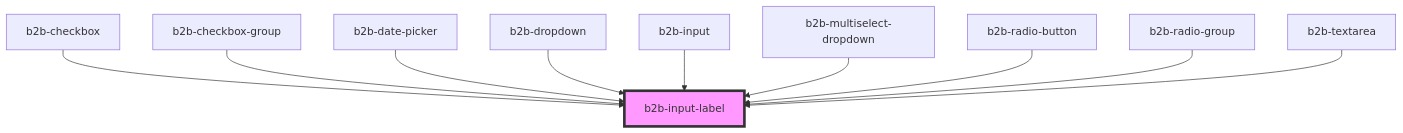
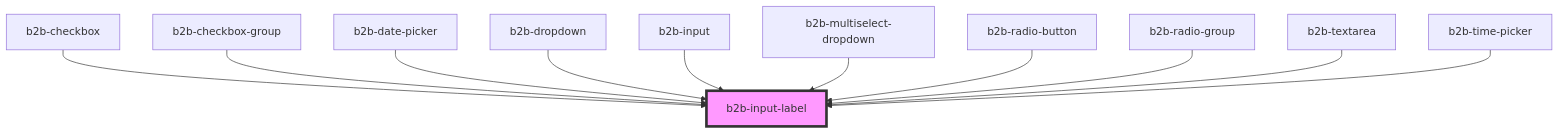
One commit to otto-de/b2b-design-system changed the diagram in packages/core-components/src/components/input-label/readme.md. Above: the diagram before and after it, drawn with Mermaid. The commit also changed other lines of this file and 9 other files, not shown here.

````diff
--- a/packages/core-components/src/components/input-label/readme.md
+++ b/packages/core-components/src/components/input-label/readme.md
@@ -31,13 +32,14 @@
 ```mermaid
 graph TD;
   b2b-checkbox --> b2b-input-label
   b2b-checkbox-group --> b2b-input-label
   b2b-date-picker --> b2b-input-label
   b2b-dropdown --> b2b-input-label
   b2b-input --> b2b-input-label
   b2b-multiselect-dropdown --> b2b-input-label
   b2b-radio-button --> b2b-input-label
   b2b-radio-group --> b2b-input-label
   b2b-textarea --> b2b-input-label
+  b2b-time-picker --> b2b-input-label
   style b2b-input-label fill:#f9f,stroke:#333,stroke-width:4px
 ```
````
